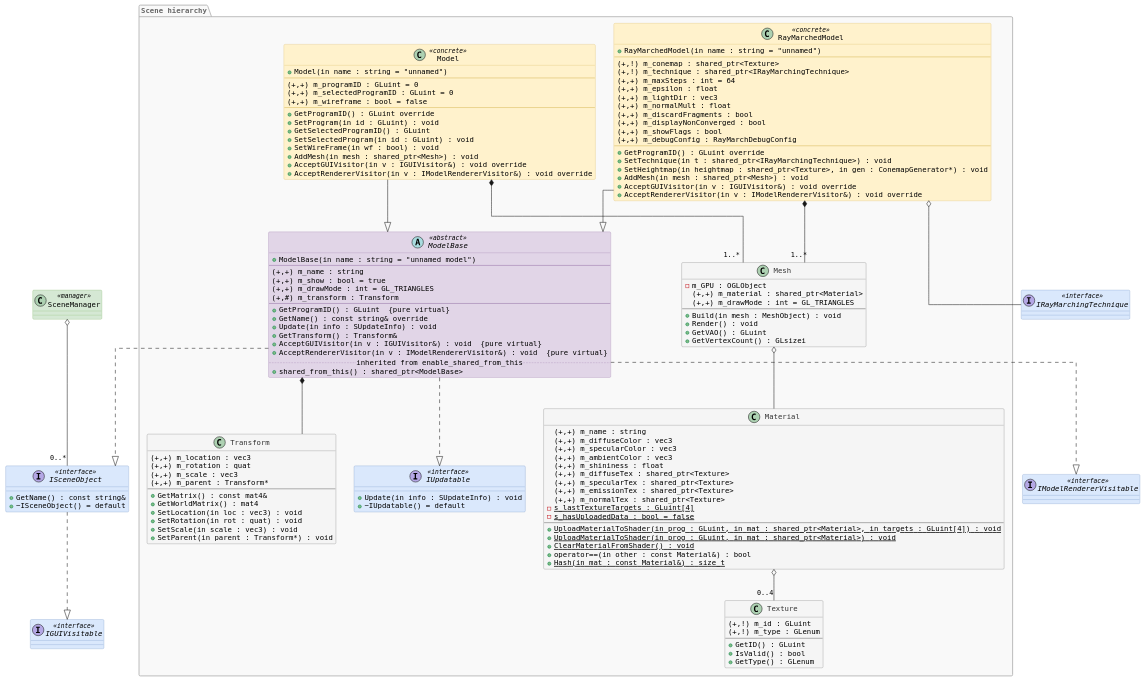
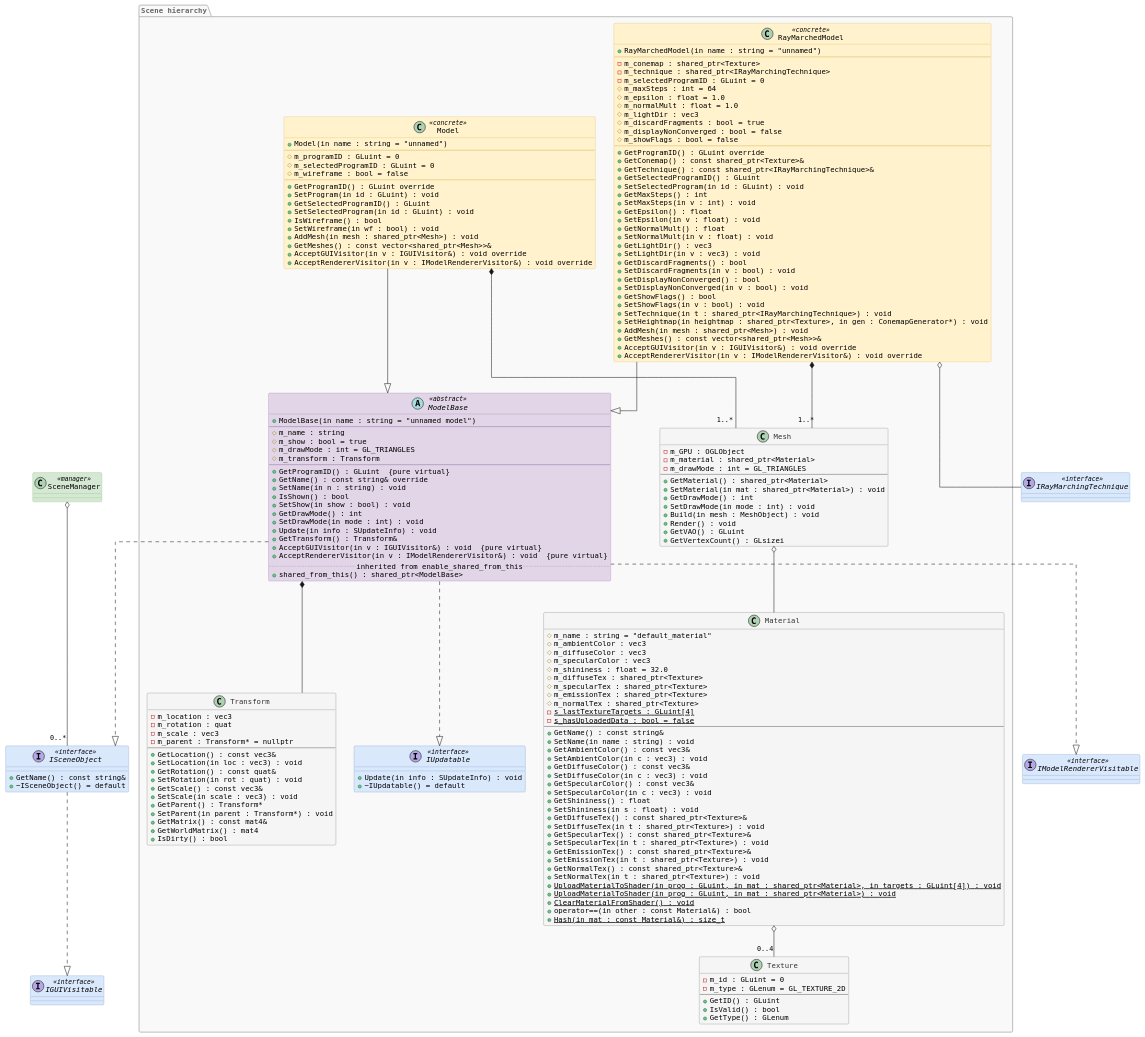
One commit to bbalazs2002/ConeStepMapping_thesis changed the diagram in docs/diagrams/ClassDiagram_SceneHierarchy.puml. Above: the diagram before and after it, drawn with PlantUML. The commit also changed 26 other files, not shown here.

First line of the commit message:
Add class diagram for Managers module in Draw.io format

```diff
--- a/docs/diagrams/ClassDiagram_SceneHierarchy.puml
+++ b/docs/diagrams/ClassDiagram_SceneHierarchy.puml
@@ -31,13 +31,18 @@
   abstract class ModelBase <<abstract>> {
     + ModelBase(in name : string = "unnamed model")
     --
-    (+,+) m_name : string
-    (+,+) m_show : bool = true
-    (+,+) m_drawMode : int = GL_TRIANGLES
-    (+,#) m_transform : Transform
+    # m_name : string
+    # m_show : bool = true
+    # m_drawMode : int = GL_TRIANGLES
+    # m_transform : Transform
     --
     + GetProgramID() : GLuint  {pure virtual}
     + GetName() : const string& override
+    + SetName(in n : string) : void
+    + IsShown() : bool
+    + SetShow(in show : bool) : void
+    + GetDrawMode() : int
+    + SetDrawMode(in mode : int) : void
     + Update(in info : SUpdateInfo) : void
     + GetTransform() : Transform&
     + AcceptGUIVisitor(in v : IGUIVisitor&) : void  {pure virtual}
@@ -46,57 +51,86 @@
     + shared_from_this() : shared_ptr<ModelBase>
   }
   class Transform <<utility>> {
-    (+,+) m_location : vec3
-    (+,+) m_rotation : quat
-    (+,+) m_scale : vec3
-    (+,+) m_parent : Transform*
+    - m_location : vec3
+    - m_rotation : quat
+    - m_scale : vec3
+    - m_parent : Transform* = nullptr
     --
+    + GetLocation() : const vec3&
+    + SetLocation(in loc : vec3) : void
+    + GetRotation() : const quat&
+    + SetRotation(in rot : quat) : void
+    + GetScale() : const vec3&
+    + SetScale(in scale : vec3) : void
+    + GetParent() : Transform*
+    + SetParent(in parent : Transform*) : void
     + GetMatrix() : const mat4&
     + GetWorldMatrix() : mat4
-    + SetLocation(in loc : vec3) : void
-    + SetRotation(in rot : quat) : void
-    + SetScale(in scale : vec3) : void
-    + SetParent(in parent : Transform*) : void
+    + IsDirty() : bool
   }
   class Model <<concrete>> {
     + Model(in name : string = "unnamed")
     --
-    (+,+) m_programID : GLuint = 0
-    (+,+) m_selectedProgramID : GLuint = 0
-    (+,+) m_wireframe : bool = false
+    # m_programID : GLuint = 0
+    # m_selectedProgramID : GLuint = 0
+    # m_wireframe : bool = false
     --
     + GetProgramID() : GLuint override
     + SetProgram(in id : GLuint) : void
     + GetSelectedProgramID() : GLuint
     + SetSelectedProgram(in id : GLuint) : void
-    + SetWireFrame(in wf : bool) : void
+    + IsWireframe() : bool
+    + SetWireframe(in wf : bool) : void
     + AddMesh(in mesh : shared_ptr<Mesh>) : void
+    + GetMeshes() : const vector<shared_ptr<Mesh>>&
     + AcceptGUIVisitor(in v : IGUIVisitor&) : void override
     + AcceptRendererVisitor(in v : IModelRendererVisitor&) : void override
   }
   class Mesh <<utility>> {
     - m_GPU : OGLObject
-    (+,+) m_material : shared_ptr<Material>
-    (+,+) m_drawMode : int = GL_TRIANGLES
+    - m_material : shared_ptr<Material>
+    - m_drawMode : int = GL_TRIANGLES
     --
+    + GetMaterial() : shared_ptr<Material>
+    + SetMaterial(in mat : shared_ptr<Material>) : void
+    + GetDrawMode() : int
+    + SetDrawMode(in mode : int) : void
     + Build(in mesh : MeshObject) : void
     + Render() : void
     + GetVAO() : GLuint
     + GetVertexCount() : GLsizei
   }
   class Material <<utility>> {
-    (+,+) m_name : string
-    (+,+) m_diffuseColor : vec3
-    (+,+) m_specularColor : vec3
-    (+,+) m_ambientColor : vec3
-    (+,+) m_shininess : float
-    (+,+) m_diffuseTex : shared_ptr<Texture>
-    (+,+) m_specularTex : shared_ptr<Texture>
-    (+,+) m_emissionTex : shared_ptr<Texture>
-    (+,+) m_normalTex : shared_ptr<Texture>
+    # m_name : string = "default_material"
+    # m_ambientColor : vec3
+    # m_diffuseColor : vec3
+    # m_specularColor : vec3
+    # m_shininess : float = 32.0
+    # m_diffuseTex : shared_ptr<Texture>
+    # m_specularTex : shared_ptr<Texture>
+    # m_emissionTex : shared_ptr<Texture>
+    # m_normalTex : shared_ptr<Texture>
     {static} - s_lastTextureTargets : GLuint[4]
     {static} - s_hasUploadedData : bool = false
     --
+    + GetName() : const string&
+    + SetName(in name : string) : void
+    + GetAmbientColor() : const vec3&
+    + SetAmbientColor(in c : vec3) : void
+    + GetDiffuseColor() : const vec3&
+    + SetDiffuseColor(in c : vec3) : void
+    + GetSpecularColor() : const vec3&
+    + SetSpecularColor(in c : vec3) : void
+    + GetShininess() : float
+    + SetShininess(in s : float) : void
+    + GetDiffuseTex() : const shared_ptr<Texture>&
+    + SetDiffuseTex(in t : shared_ptr<Texture>) : void
+    + GetSpecularTex() : const shared_ptr<Texture>&
+    + SetSpecularTex(in t : shared_ptr<Texture>) : void
+    + GetEmissionTex() : const shared_ptr<Texture>&
+    + SetEmissionTex(in t : shared_ptr<Texture>) : void
+    + GetNormalTex() : const shared_ptr<Texture>&
+    + SetNormalTex(in t : shared_ptr<Texture>) : void
     {static} + UploadMaterialToShader(in prog : GLuint, in mat : shared_ptr<Material>, in targets : GLuint[4]) : void
     {static} + UploadMaterialToShader(in prog : GLuint, in mat : shared_ptr<Material>) : void
     {static} + ClearMaterialFromShader() : void
@@ -104,8 +138,8 @@
     {static} + Hash(in mat : const Material&) : size_t
   }
   class Texture <<utility>> {
-    (+,!) m_id : GLuint
-    (+,!) m_type : GLenum
+    - m_id : GLuint = 0
+    - m_type : GLenum = GL_TEXTURE_2D
     --
     + GetID() : GLuint
     + IsValid() : bool
@@ -114,21 +148,40 @@
   class RayMarchedModel <<concrete>> {
     + RayMarchedModel(in name : string = "unnamed")
     --
-    (+,!) m_conemap : shared_ptr<Texture>
-    (+,!) m_technique : shared_ptr<IRayMarchingTechnique>
-    (+,+) m_maxSteps : int = 64
-    (+,+) m_epsilon : float
-    (+,+) m_lightDir : vec3
-    (+,+) m_normalMult : float
-    (+,+) m_discardFragments : bool
-    (+,+) m_displayNonConverged : bool
-    (+,+) m_showFlags : bool
-    (+,+) m_debugConfig : RayMarchDebugConfig
+    - m_conemap : shared_ptr<Texture>
+    - m_technique : shared_ptr<IRayMarchingTechnique>
+    - m_selectedProgramID : GLuint = 0
+    # m_maxSteps : int = 64
+    # m_epsilon : float = 1.0
+    # m_normalMult : float = 1.0
+    # m_lightDir : vec3
+    # m_discardFragments : bool = true
+    # m_displayNonConverged : bool = false
+    # m_showFlags : bool = false
     --
     + GetProgramID() : GLuint override
+    + GetConemap() : const shared_ptr<Texture>&
+    + GetTechnique() : const shared_ptr<IRayMarchingTechnique>&
+    + GetSelectedProgramID() : GLuint
+    + SetSelectedProgram(in id : GLuint) : void
+    + GetMaxSteps() : int
+    + SetMaxSteps(in v : int) : void
+    + GetEpsilon() : float
+    + SetEpsilon(in v : float) : void
+    + GetNormalMult() : float
+    + SetNormalMult(in v : float) : void
+    + GetLightDir() : vec3
+    + SetLightDir(in v : vec3) : void
+    + GetDiscardFragments() : bool
+    + SetDiscardFragments(in v : bool) : void
+    + GetDisplayNonConverged() : bool
+    + SetDisplayNonConverged(in v : bool) : void
+    + GetShowFlags() : bool
+    + SetShowFlags(in v : bool) : void
     + SetTechnique(in t : shared_ptr<IRayMarchingTechnique>) : void
     + SetHeightmap(in heightmap : shared_ptr<Texture>, in gen : ConemapGenerator*) : void
     + AddMesh(in mesh : shared_ptr<Mesh>) : void
+    + GetMeshes() : const vector<shared_ptr<Mesh>>&
     + AcceptGUIVisitor(in v : IGUIVisitor&) : void override
     + AcceptRendererVisitor(in v : IModelRendererVisitor&) : void override
   }
```
